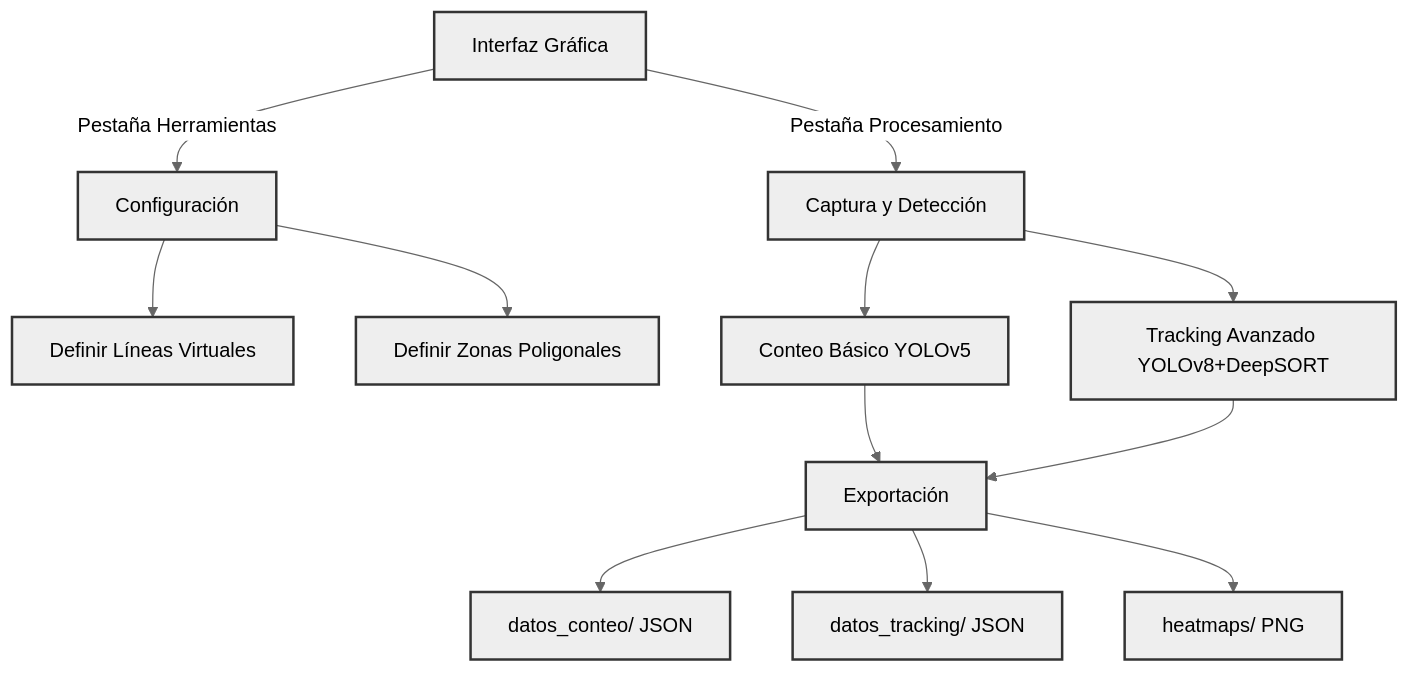
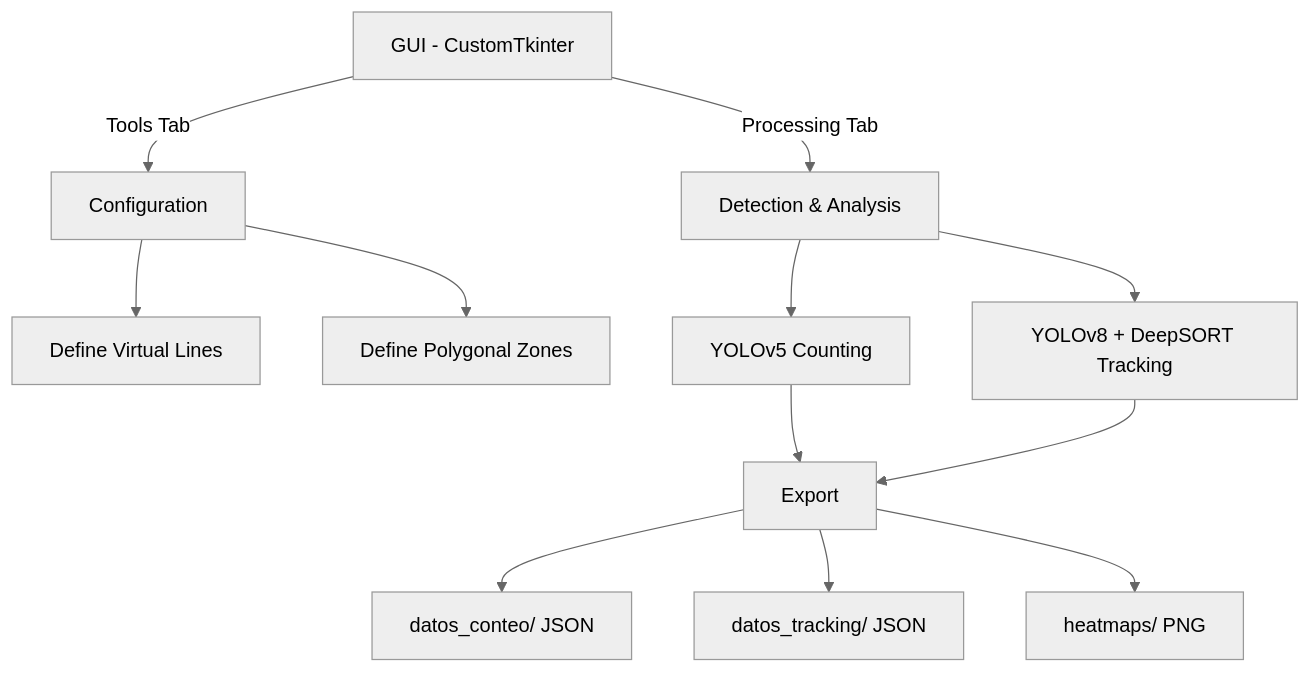
Before and after one commit to patatapython/Sistema-Tracking-Farmacia: the diagram in README.md, drawn with Mermaid (neutral theme). The commit also changed other lines of this file and 1 other file, not shown here.

````diff
--- a/README.md
+++ b/README.md
@@ -89,25 +103,14 @@
 ```mermaid
 graph TD
-    A[Interfaz Gráfica] -->|Pestaña Herramientas| B[Configuración]
-    B --> B1[Definir Líneas Virtuales]
-    B --> B2[Definir Zonas Poligonales]
-    A -->|Pestaña Procesamiento| C[Captura y Detección]
-    C --> C1[Conteo Básico YOLOv5]
-    C --> C2[Tracking Avanzado YOLOv8+DeepSORT]
-    C1 --> D[Exportación]
+    A[GUI - CustomTkinter] -->|Tools Tab| B[Configuration]
+    B --> B1[Define Virtual Lines]
+    B --> B2[Define Polygonal Zones]
+    A -->|Processing Tab| C[Detection & Analysis]
+    C --> C1[YOLOv5 Counting]
+    C --> C2[YOLOv8 + DeepSORT Tracking]
+    C1 --> D[Export]
     C2 --> D
     D --> D1[datos_conteo/ JSON]
     D --> D2[datos_tracking/ JSON]
     D --> D3[heatmaps/ PNG]
-
-    classDef phase fill:#lightgrey,stroke:#333,stroke-width:2px;
-    classDef module fill:#lightblue,stroke:#333;
-    classDef output fill:#lightgreen,stroke:#333;
-
-    class A phase;
-    class B,B1,B2 phase;
-    class C,C1,C2 phase;
-    class D,D1,D2,D3 phase;
-    class C1,C2 module;
-    class D1,D2,D3 output;
 ```
````
